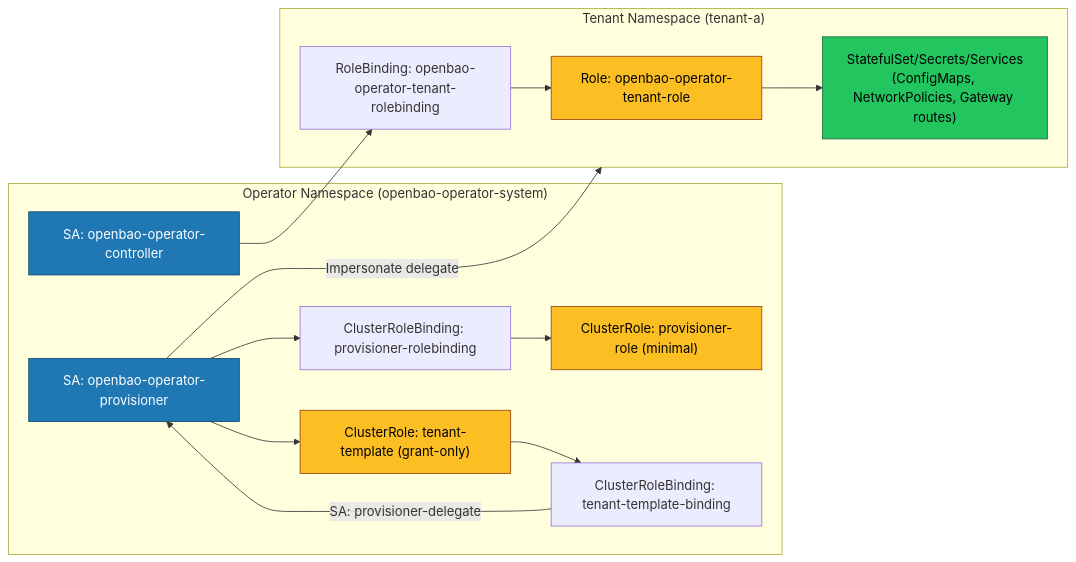
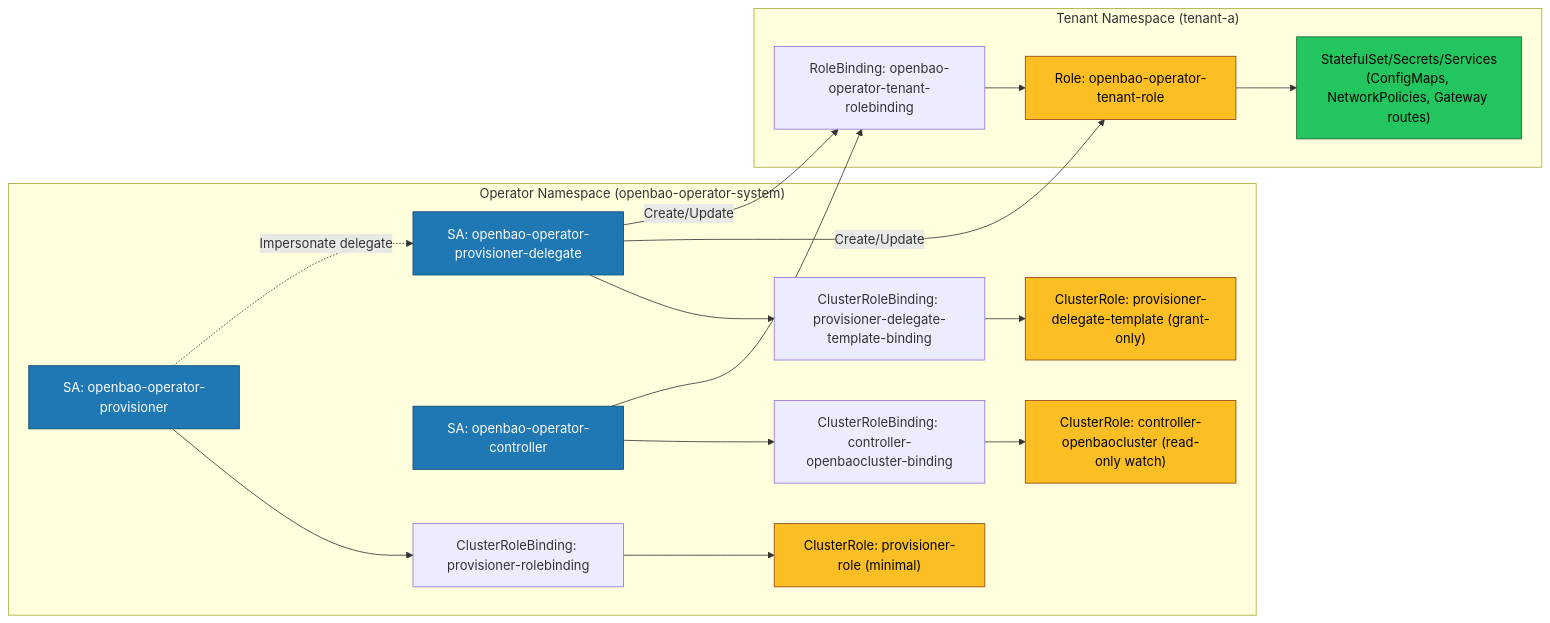
One commit to dc-tec/openbao-operator changed the first of 2 diagrams in docs/security.md. Above: the diagram before and after it, drawn with Mermaid. The commit also changed other lines of this file and 23 other files, not shown here.

````diff
--- a/docs/security.md
+++ b/docs/security.md
@@ -55,36 +55,43 @@
 ```mermaid
 flowchart LR
     subgraph OperatorNS["Operator Namespace (openbao-operator-system)"]
         Psa["SA: openbao-operator-provisioner"]
+        Dsa["SA: openbao-operator-provisioner-delegate"]
         Csa["SA: openbao-operator-controller"]
         Pcr["ClusterRole: provisioner-role (minimal)"]
-        Ttmpl["ClusterRole: tenant-template (grant-only)"]
+        Ttmpl["ClusterRole: provisioner-delegate-template (grant-only)"]
+        Ccr["ClusterRole: controller-openbaocluster (read-only watch)"]
         Pcrb["ClusterRoleBinding: provisioner-rolebinding"]
-        Tbind["ClusterRoleBinding: tenant-template-binding"]
+        Tbind["ClusterRoleBinding: provisioner-delegate-template-binding"]
+        Ccrb["ClusterRoleBinding: controller-openbaocluster-binding"]
     end
 
     subgraph TenantNS["Tenant Namespace (tenant-a)"]
         Trole["Role: openbao-operator-tenant-role"]
         Troleb["RoleBinding: openbao-operator-tenant-rolebinding"]
         BaoSts["StatefulSet/Secrets/Services\n(ConfigMaps, NetworkPolicies, Gateway routes)"]
     end
 
     Psa --> Pcrb
     Pcrb --> Pcr
-    Psa --> Ttmpl
-    Ttmpl --> Tbind
-    Tbind -->|"SA: provisioner-delegate"| Psa
+    Dsa --> Tbind
+    Tbind --> Ttmpl
 
-    Psa -->|"Impersonate delegate"| TenantNS
+    Csa --> Ccrb
+    Ccrb --> Ccr
+
+    Psa -.->|"Impersonate delegate"| Dsa
+    Dsa -->|"Create/Update"| Trole
+    Dsa -->|"Create/Update"| Troleb
     Csa --> Troleb
     Troleb --> Trole
     Trole --> BaoSts
 
     classDef sa fill:#1f77b4,stroke:#0c4a6e,color:#fff;
     classDef role fill:#fbbf24,stroke:#92400e,color:#000;
     classDef sts fill:#22c55e,stroke:#166534,color:#000;
 
-    class Psa,Csa sa;
-    class Pcr,Ttmpl,Trole role;
+    class Psa,Dsa,Csa sa;
+    class Pcr,Ttmpl,Ccr,Trole role;
     class BaoSts sts;
 ```
````
